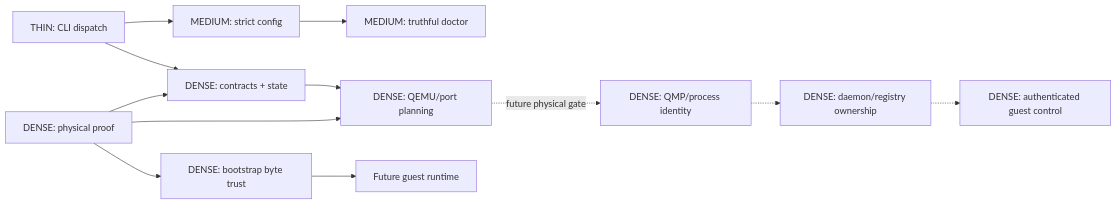
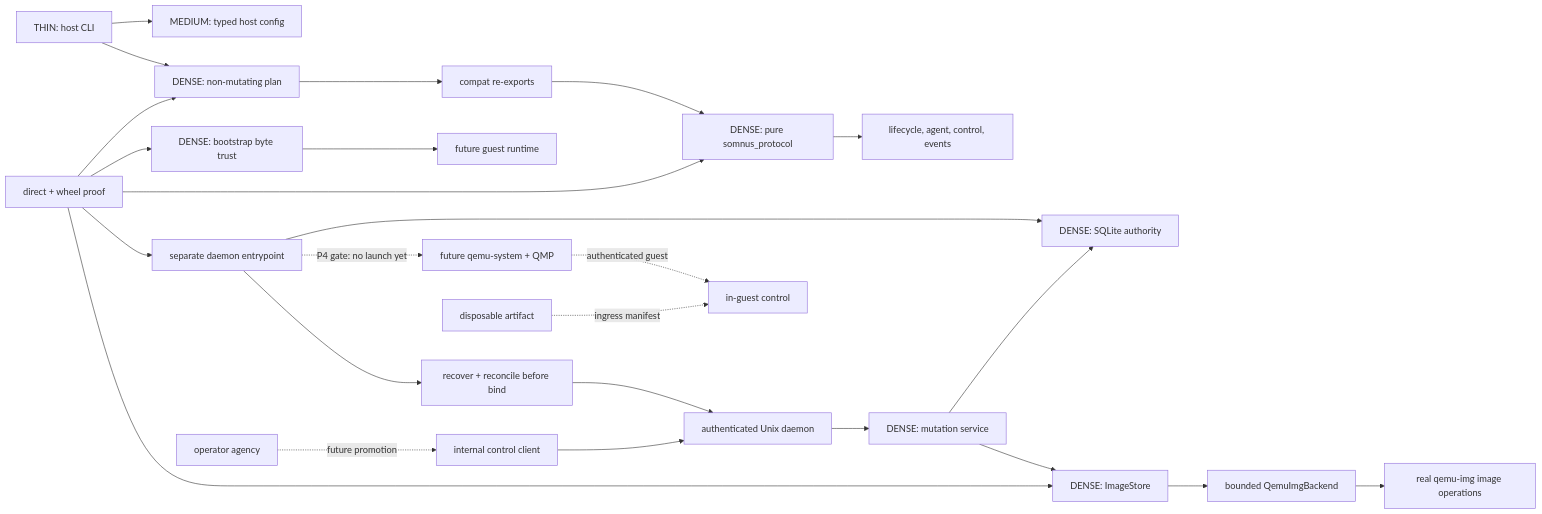
The diagram in TOPOLOGY.md (calisweetleaf/vm-lab), drawn with Mermaid before and after one commit. The commit also changed other lines of this file and 154 other files, not shown here.

````diff
--- a/TOPOLOGY.md
+++ b/TOPOLOGY.md
@@ -165,14 +307,27 @@
 ```mermaid
 flowchart LR
-    CLI["THIN: CLI dispatch"] --> CFG["MEDIUM: strict config"]
-    CLI --> CT["DENSE: contracts + state"]
-    CFG --> DOC["MEDIUM: truthful doctor"]
-    CT --> PLAN["DENSE: QEMU/port planning"]
-    BOOT["DENSE: bootstrap byte trust"] --> GUEST["Future guest runtime"]
-    PLAN -. "future physical gate" .-> QMP["DENSE: QMP/process identity"]
-    QMP -.-> REG["DENSE: daemon/registry ownership"]
-    REG -.-> AG["DENSE: authenticated guest control"]
-    TEST["DENSE: physical proof"] --> CT
+    CLI["THIN: host CLI"] --> CFG["MEDIUM: typed host config"]
+    CLI --> PLAN["DENSE: non-mutating plan"]
+    PLAN --> COMPAT["compat re-exports"]
+    COMPAT --> PROTO["DENSE: pure somnus_protocol"]
+    PROTO --> VM["lifecycle, agent, control, events"]
+    BOOT["DENSE: bootstrap byte trust"] --> GUEST["future guest runtime"]
+    DENTRY["separate daemon entrypoint"] --> REG["DENSE: SQLite authority"]
+    DENTRY --> REC["recover + reconcile before bind"]
+    REC --> UDS["authenticated Unix daemon"]
+    UDS --> SVC["DENSE: mutation service"]
+    SVC --> REG
+    SVC --> STORE["DENSE: ImageStore"]
+    STORE --> IMG["bounded QemuImgBackend"]
+    IMG --> QIMG["real qemu-img image operations"]
+    CLIENT["internal control client"] --> UDS
+    DENTRY -. "P4 gate: no launch yet" .-> QMP["future qemu-system + QMP"]
+    QMP -. "authenticated guest" .-> AGENT["in-guest control"]
+    KERMINAL["operator agency"] -. "future promotion" .-> CLIENT
+    ARTIFACT["disposable artifact"] -. "ingress manifest" .-> AGENT
+    TEST["direct + wheel proof"] --> PROTO
     TEST --> PLAN
     TEST --> BOOT
+    TEST --> DENTRY
+    TEST --> STORE
 ```
````
